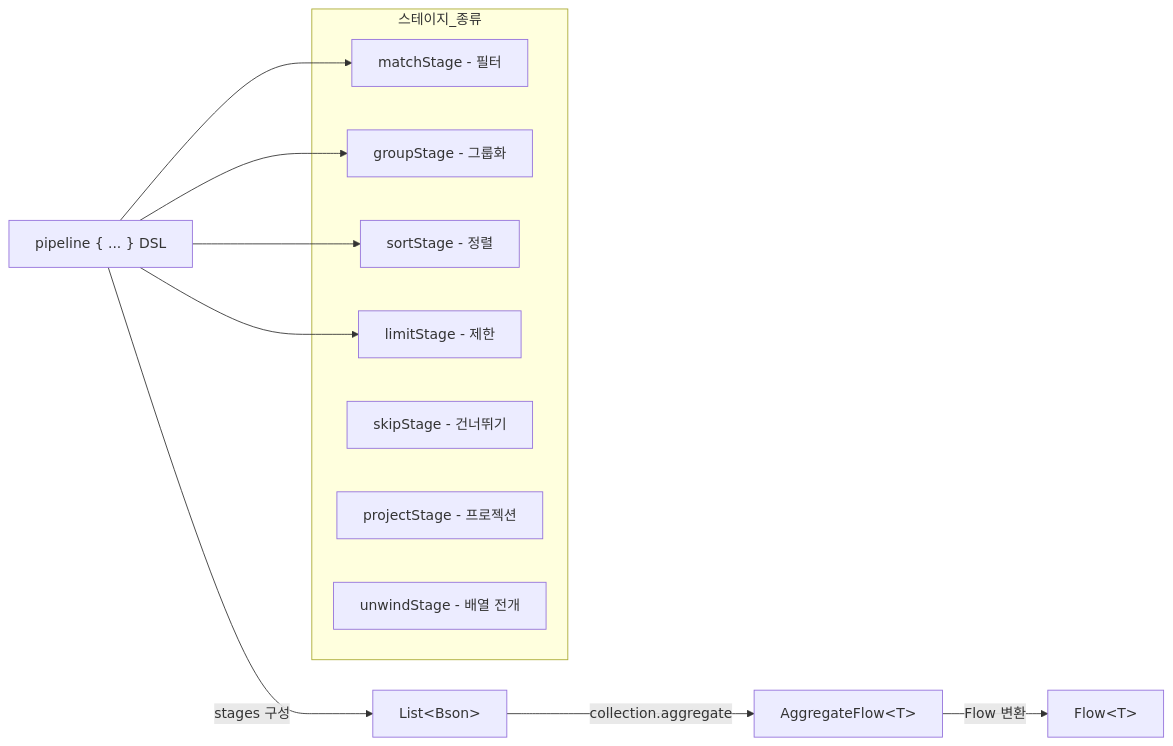
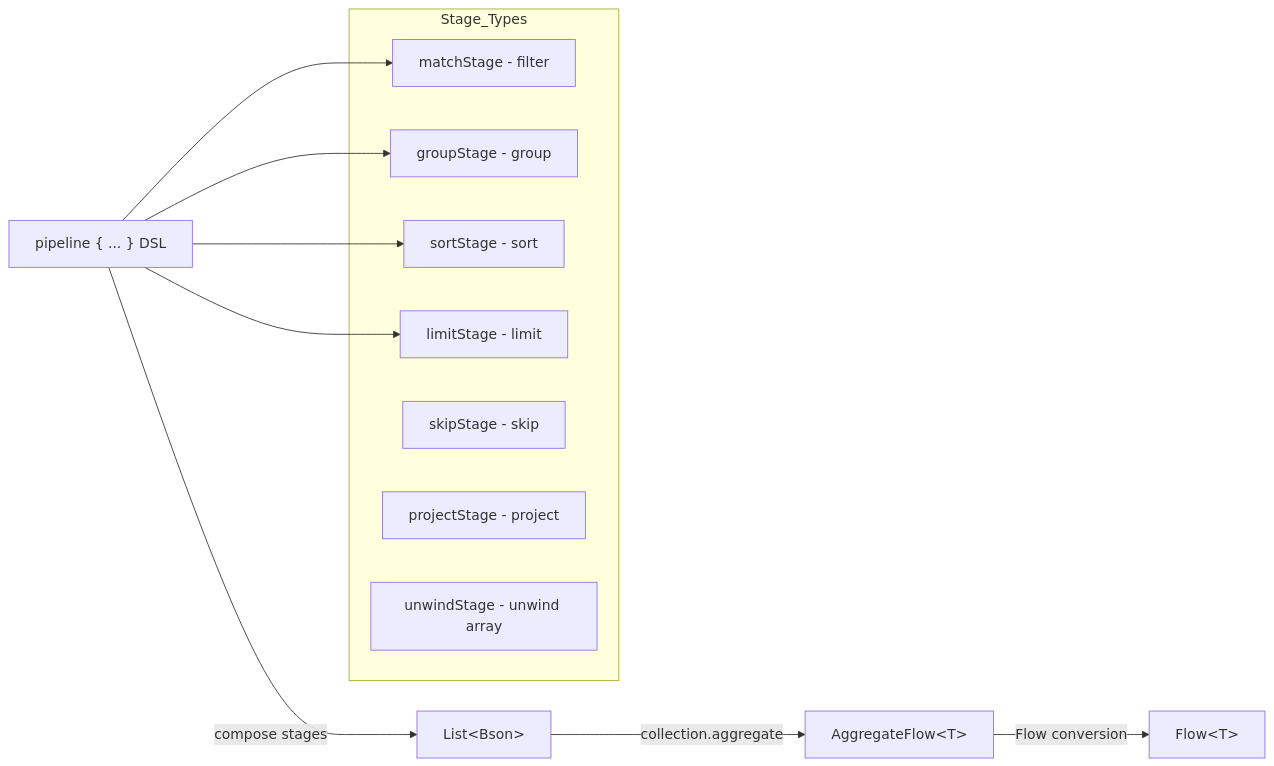
One commit to bluetape4k/bluetape4k-projects changed the third of 3 diagrams in data/mongodb/README.md. Above: the diagram before and after it, drawn with Mermaid. The commit also changed other lines of this file and 265 other files, not shown here.

````diff
--- a/data/mongodb/README.md
+++ b/data/mongodb/README.md
@@ -250,21 +248,21 @@
 ```mermaid
 flowchart LR
-    A["pipeline { ... } DSL"] -->|stages 구성| B["List&lt;Bson&gt;"]
+    A["pipeline { ... } DSL"] -->|compose stages| B["List&lt;Bson&gt;"]
     B -->|collection.aggregate| C["AggregateFlow&lt;T&gt;"]
-    C -->|Flow 변환| D["Flow&lt;T&gt;"]
+    C -->|Flow conversion| D["Flow&lt;T&gt;"]
 
-    subgraph 스테이지_종류
-        E[matchStage - 필터]
-        F[groupStage - 그룹화]
-        G[sortStage - 정렬]
-        H[limitStage - 제한]
-        I[skipStage - 건너뛰기]
-        J[projectStage - 프로젝션]
-        K[unwindStage - 배열 전개]
+    subgraph Stage_Types
+        E[matchStage - filter]
+        F[groupStage - group]
+        G[sortStage - sort]
+        H[limitStage - limit]
+        I[skipStage - skip]
+        J[projectStage - project]
+        K[unwindStage - unwind array]
     end
 
     A --> E
     A --> F
     A --> G
     A --> H
 ```
````
